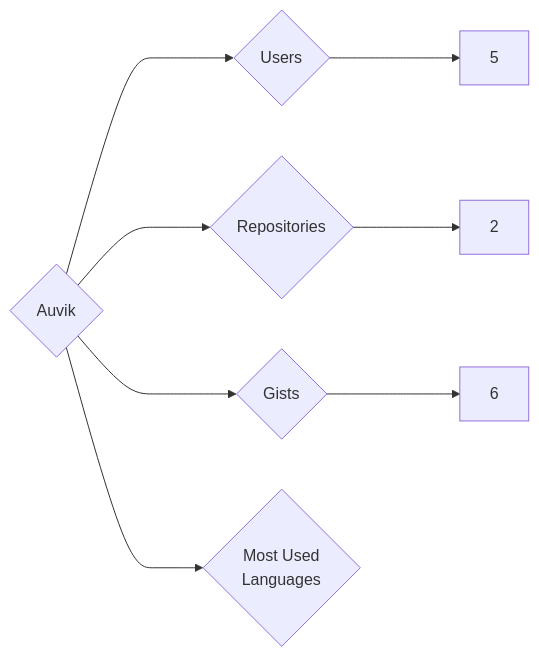
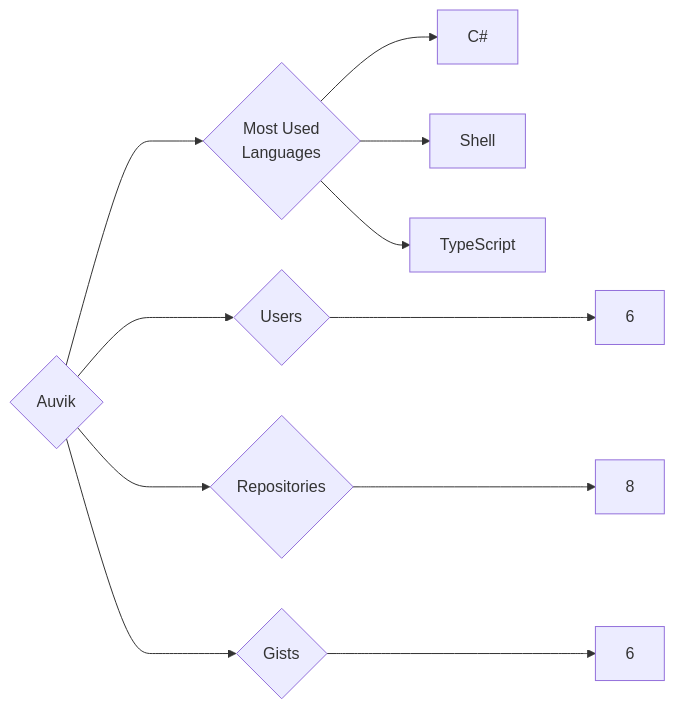
One commit to trickest/insiders changed the diagram in targets/Auvik/README.md. Above: the diagram before and after it, drawn with Mermaid. The commit also changed 1195 other files, not shown here.

````diff
--- a/targets/Auvik/README.md
+++ b/targets/Auvik/README.md
@@ -3,8 +3,11 @@
 ```mermaid
 graph LR
 COMPANY_NAME{Auvik}
-COMPANY_NAME ---> U{Users} ---> UN[5]
-COMPANY_NAME ---> R{Repositories} ---> RN[2]
+COMPANY_NAME ---> U{Users} ---> UN[6]
+COMPANY_NAME ---> R{Repositories} ---> RN[8]
 COMPANY_NAME ---> G{Gists} ---> GN[6]
 COMPANY_NAME ---> ML{Most Used<br>Languages}
+ML --> C#[C#]
+ML --> Shell[Shell]
+ML --> TypeScript[TypeScript]
 ```
````
